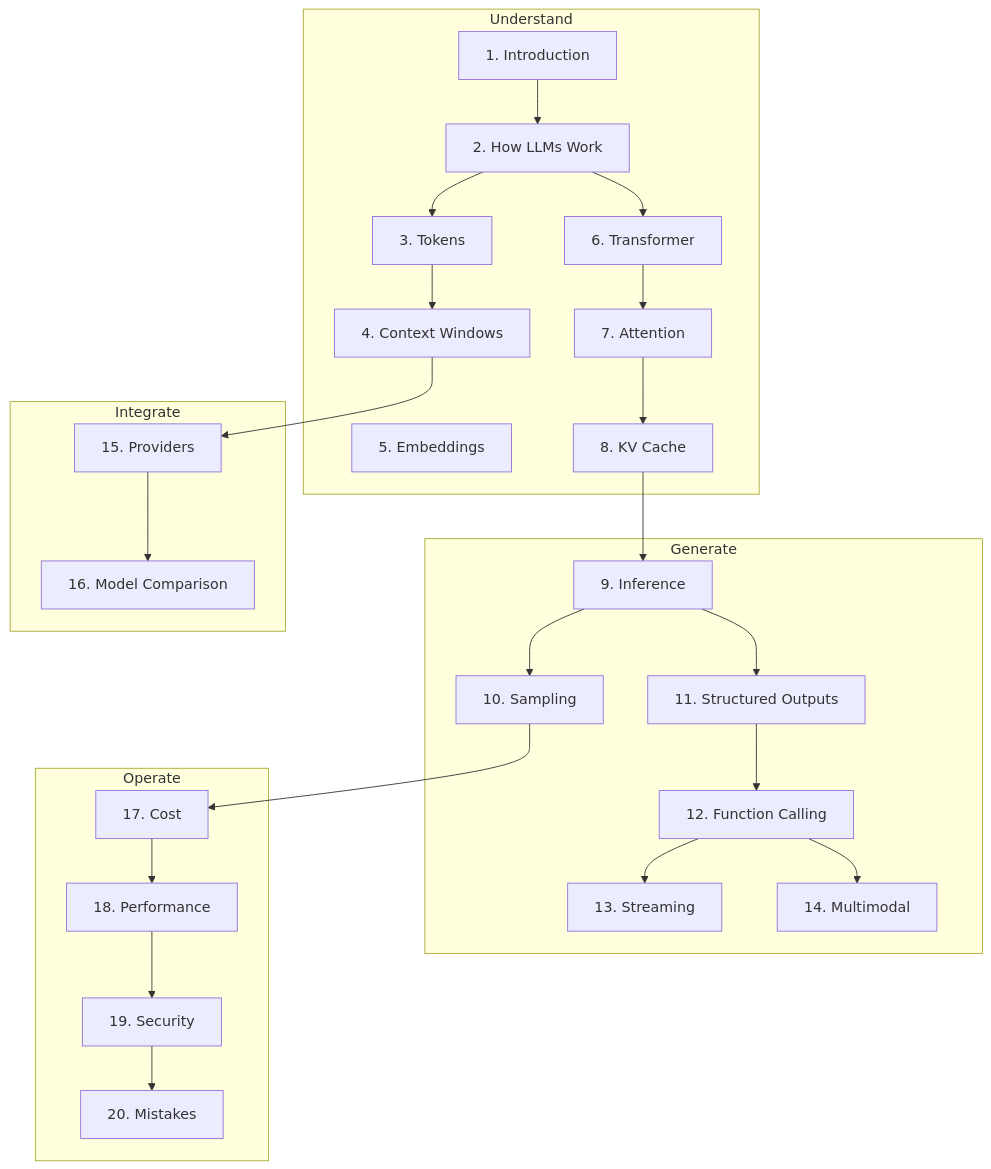
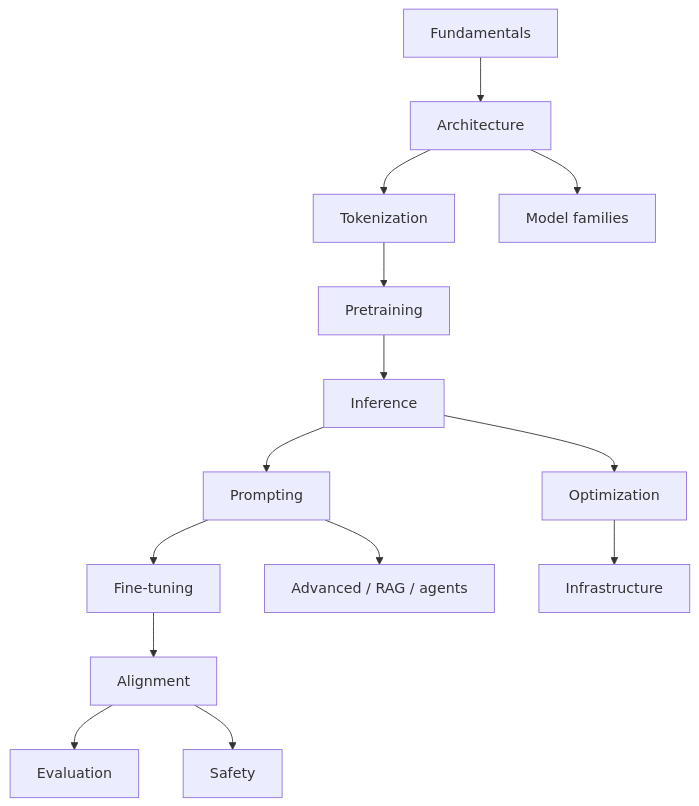
The diagram in domains/llm-engineering/README.md (abdulsamad183/ai-engineering-playbook), drawn with Mermaid before and after one commit. The commit also changed other lines of this file and 133 other files, not shown here.

````diff
--- a/domains/llm-engineering/README.md
+++ b/domains/llm-engineering/README.md
@@ -12,41 +31,16 @@
 ```mermaid
 flowchart TB
-  subgraph "Understand"
-    S1[1. Introduction]
-    S2[2. How LLMs Work]
-    S3[3. Tokens]
-    S4[4. Context Windows]
-    S5[5. Embeddings]
-    S6[6. Transformer]
-    S7[7. Attention]
-    S8[8. KV Cache]
-  end
-
-  subgraph "Generate"
-    S9[9. Inference]
-    S10[10. Sampling]
-    S11[11. Structured Outputs]
-    S12[12. Function Calling]
-    S13[13. Streaming]
-    S14[14. Multimodal]
-  end
-
-  subgraph "Integrate"
-    P[15. Providers]
-    S16[16. Model Comparison]
-  end
-
-  subgraph "Operate"
-    S17[17. Cost]
-    S18[18. Performance]
-    S19[19. Security]
-    S20[20. Mistakes]
-  end
-
-  S1 --> S2 --> S3 --> S4
-  S2 --> S6 --> S7 --> S8 --> S9 --> S10
-  S9 --> S11 --> S12 --> S13
-  S12 --> S14
-  S4 --> P --> S16
-  S10 --> S17 --> S18 --> S19 --> S20
+  F[Fundamentals] --> Arch[Architecture]
+  Arch --> Tok[Tokenization]
+  Tok --> PT[Pretraining]
+  PT --> Inf[Inference]
+  Inf --> Prompt[Prompting]
+  Prompt --> FT[Fine-tuning]
+  FT --> Align[Alignment]
+  Align --> Eval[Evaluation]
+  Inf --> Opt[Optimization]
+  Arch --> Fam[Model families]
+  Prompt --> Adv[Advanced / RAG / agents]
+  Align --> Safe[Safety]
+  Opt --> Infra[Infrastructure]
 ```
````
